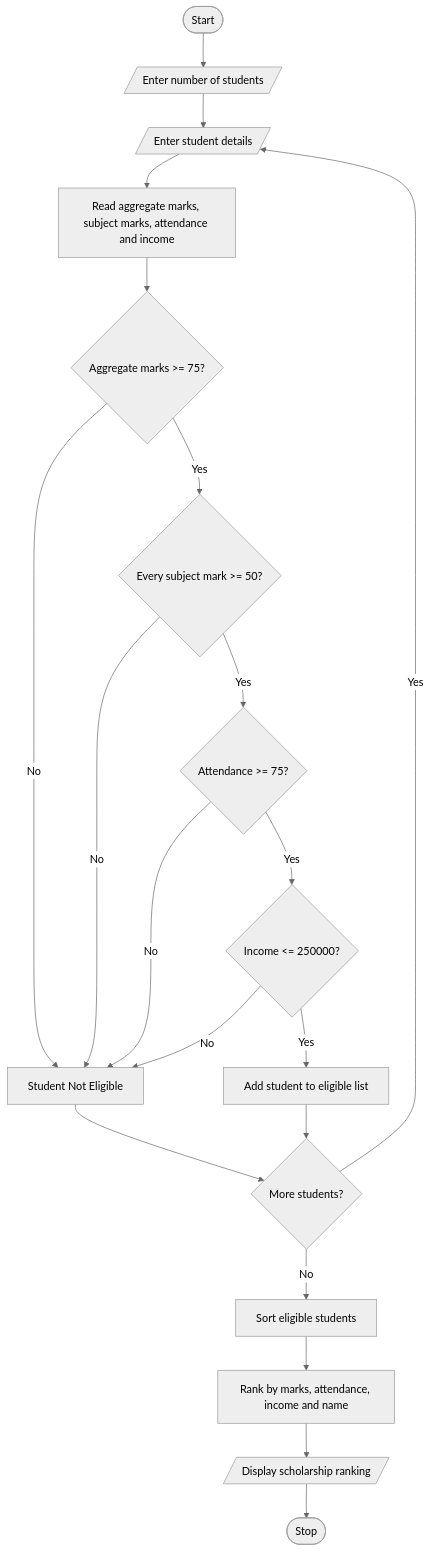
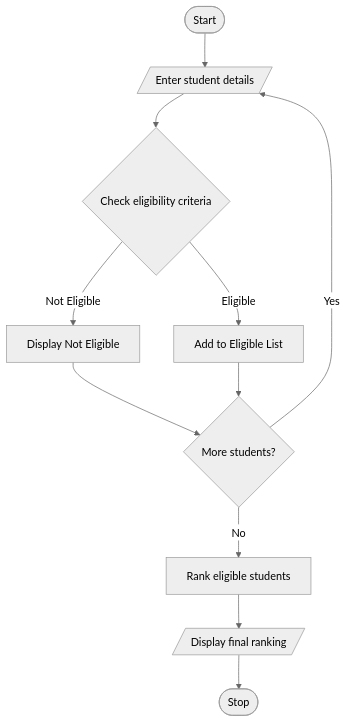
Before and after one commit to hariniburri2628/PYTHON-ACTIVITY-BASED-LEARNING: the diagram in TASK1/CODE.md, drawn with Mermaid (neutral theme). The commit also changed other lines of this file, not shown here.

````diff
--- a/TASK1/CODE.md
+++ b/TASK1/CODE.md
@@ -55,23 +55,14 @@
 ```mermaid
     
 flowchart TD
-    A([Start]) --> B[/Enter number of students/]
-    B --> C[/Enter student details/]
-    C --> D[Read aggregate marks, subject marks, attendance and income]
-    D --> E{Aggregate marks >= 75?}
-    E -- No --> I[Student Not Eligible]
-    E -- Yes --> F{Every subject mark >= 50?}
-    F -- No --> I
-    F -- Yes --> G{Attendance >= 75?}
-    G -- No --> I
-    G -- Yes --> H{Income <= 250000?}
-    H -- No --> I
-    H -- Yes --> J[Add student to eligible list]
-    I --> K{More students?}
-    J --> K
-    K -- Yes --> C
-    K -- No --> L[Sort eligible students]
-    L --> M[Rank by marks, attendance, income and name]
-    M --> N[/Display scholarship ranking/]
-    N --> O([Stop])
+    A([Start]) --> B[/Enter student details/]
+    B --> C{Check eligibility criteria}
+    C -- Not Eligible --> D[Display Not Eligible]
+    C -- Eligible --> E[Add to Eligible List]
+    D --> F{More students?}
+    E --> F
+    F -- Yes --> B
+    F -- No --> G[Rank eligible students]
+    G --> H[/Display final ranking/]
+    H --> I([Stop])
 ```
````
